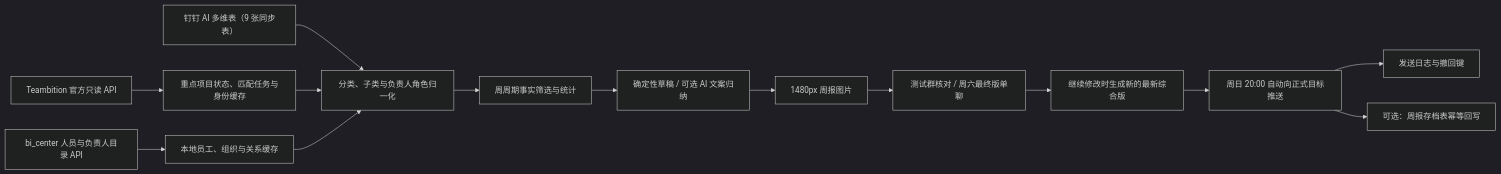
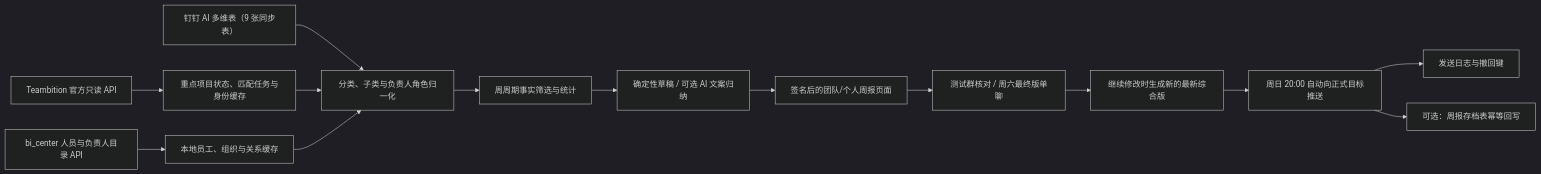
One commit to Max0314/weekly_report_assistant changed the diagram in docs/architecture.md. Above: the diagram before and after it, drawn with Mermaid (dark theme). The commit also changed 19 other files, not shown here.

````diff
--- a/docs/architecture.md
+++ b/docs/architecture.md
@@ -5,16 +5,16 @@
 ```mermaid
 flowchart LR
   A["钉钉 AI 多维表（9 张同步表）"] --> B["分类、子类与负责人角色归一化"]
   T["Teambition 官方只读 API"] --> U["重点项目状态、匹配任务与身份缓存"]
   U --> B
   C["bi_center 人员与负责人目录 API"] --> D["本地员工、组织与关系缓存"]
   D --> B
   B --> E["周周期事实筛选与统计"]
   E --> F["确定性草稿 / 可选 AI 文案归纳"]
-  F --> G["1480px 周报图片"]
+  F --> G["签名后的团队/个人周报页面"]
   G --> H["测试群核对 / 周六最终版单聊"]
   H --> I["继续修改时生成新的最新综合版"]
   I --> K["周日 20:00 自动向正式目标推送"]
   K --> L["发送日志与撤回键"]
   K --> M["可选：周报存档表幂等回写"]
 ```
````
